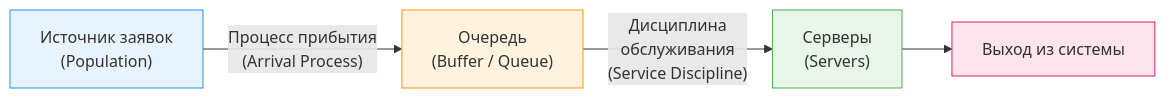
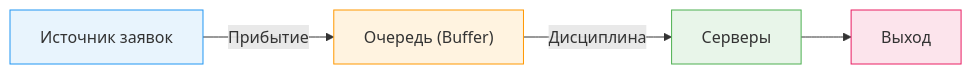
The first of 6 diagrams in docs/06-queueing-intro.md (stareeg/simulation-modeling-notes), drawn with Mermaid before and after one commit. The commit also changed other lines of this file and 14 other files, not shown here.

````diff
--- a/docs/06-queueing-intro.md
+++ b/docs/06-queueing-intro.md
@@ -27,11 +27,11 @@
 ```mermaid
 flowchart LR
-    A["Источник заявок\n(Population)"] -->|"Процесс прибытия\n(Arrival Process)"| B["Очередь\n(Buffer / Queue)"]
-    B -->|"Дисциплина\nобслуживания\n(Service Discipline)"| C["Серверы\n(Servers)"]
-    C --> D["Выход из системы"]
+    A["Источник заявок"] -->|"Прибытие"| B["Очередь (Buffer)"]
+    B -->|"Дисциплина"| C["Серверы"]
+    C --> D["Выход"]
 
     style A fill:#e8f4fd,stroke:#2196F3
     style B fill:#fff3e0,stroke:#FF9800
     style C fill:#e8f5e9,stroke:#4CAF50
     style D fill:#fce4ec,stroke:#E91E63
 ```
````
